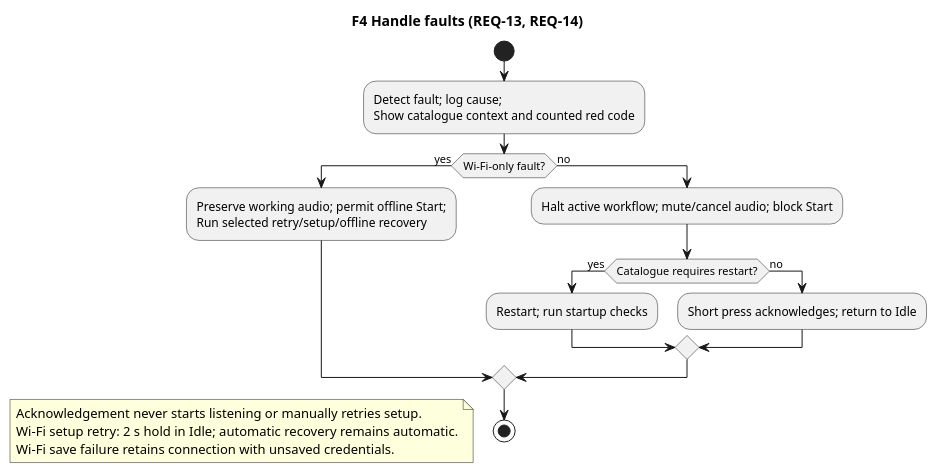
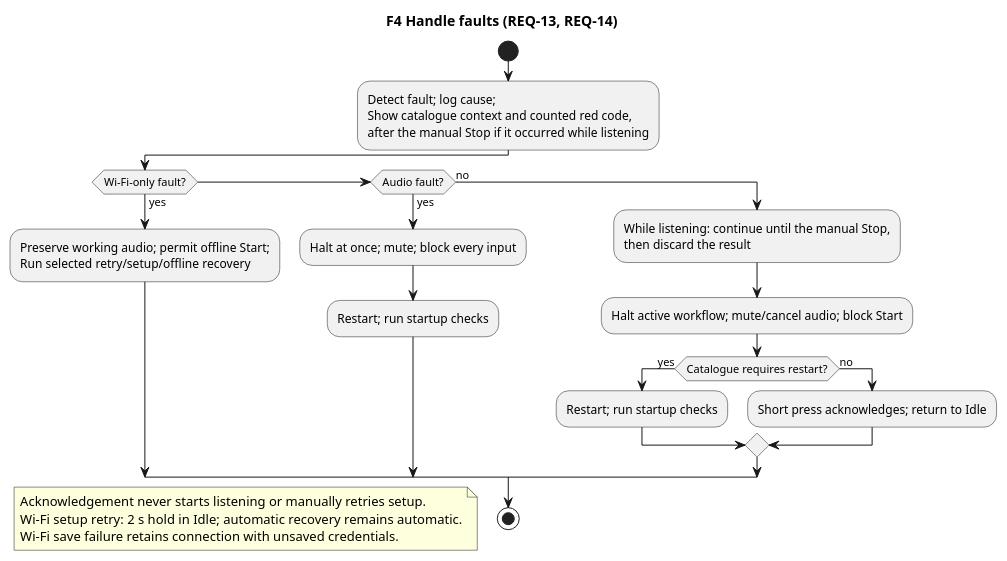
The diagram in Development/system/requirements/use-cases/uc-04-faults.puml (DemonicPsychoII/DigitalStethoscope), drawn with PlantUML before and after one commit. The commit also changed 11 other files, not shown here.

First line of the commit message:
documentation: carry the deferred-error and audio-halt rules into the architecture views and use case F4

```diff
--- a/Development/system/requirements/use-cases/uc-04-faults.puml
+++ b/Development/system/requirements/use-cases/uc-04-faults.puml
@@ -1,23 +1,27 @@
 @startuml uc_04_faults
 skinparam shadowing false
 skinparam defaultFontName SansSerif
 title F4 Handle faults (REQ-13, REQ-14)
 start
-:Detect fault; log cause;\nShow catalogue context and counted red code;
+:Detect fault; log cause;\nShow catalogue context and counted red code,\nafter the manual Stop if it occurred while listening;
 if (Wi-Fi-only fault?) then (yes)
  :Preserve working audio; permit offline Start;\nRun selected retry/setup/offline recovery;
+elseif (Audio fault?) then (yes)
+ :Halt at once; mute; block every input;
+ :Restart; run startup checks;
 else (no)
+ :While listening: continue until the manual Stop,\nthen discard the result;
  :Halt active workflow; mute/cancel audio; block Start;
  if (Catalogue requires restart?) then (yes)
   :Restart; run startup checks;
  else (no)
   :Short press acknowledges; return to Idle;
  endif
 endif
 stop
 floating note
  Acknowledgement never starts listening or manually retries setup.
  Wi-Fi setup retry: 2 s hold in Idle; automatic recovery remains automatic.
  Wi-Fi save failure retains connection with unsaved credentials.
 end note
 @enduml
```
